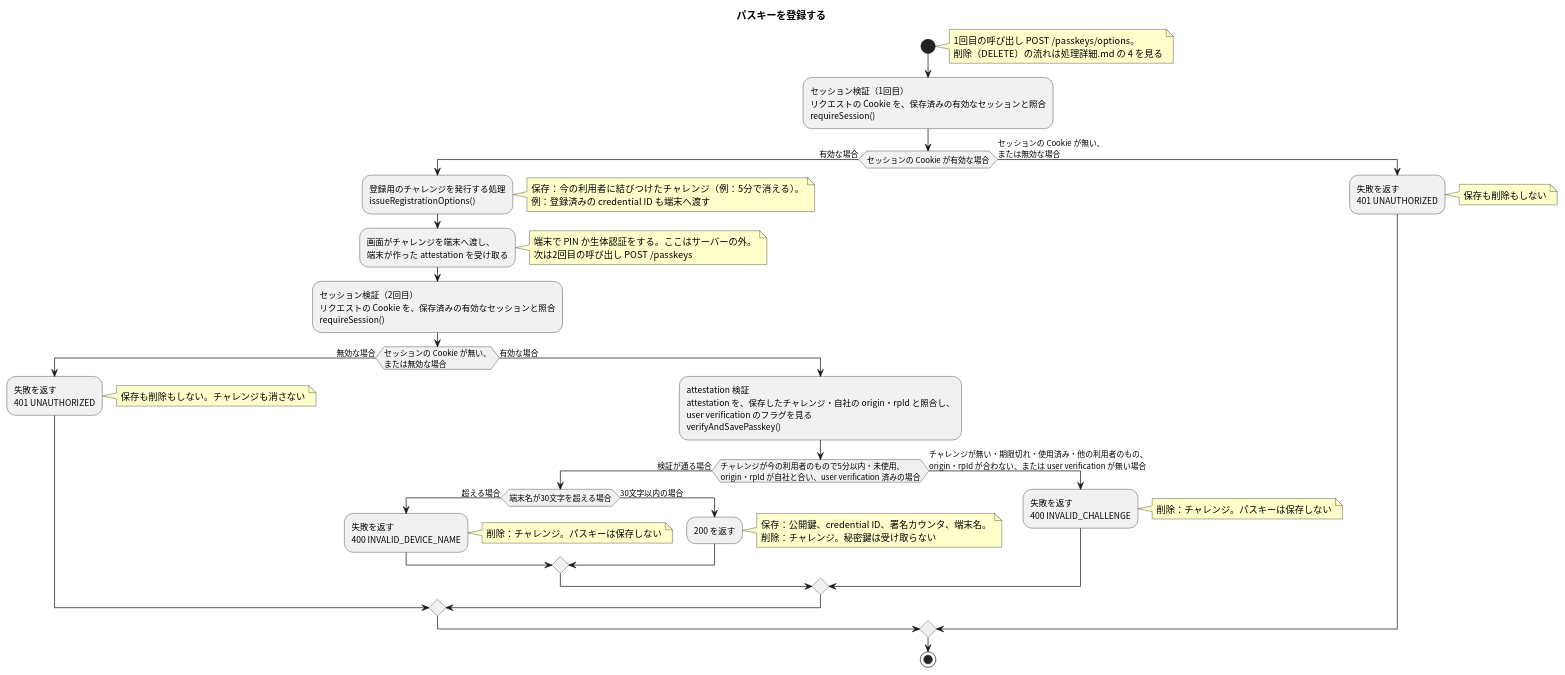
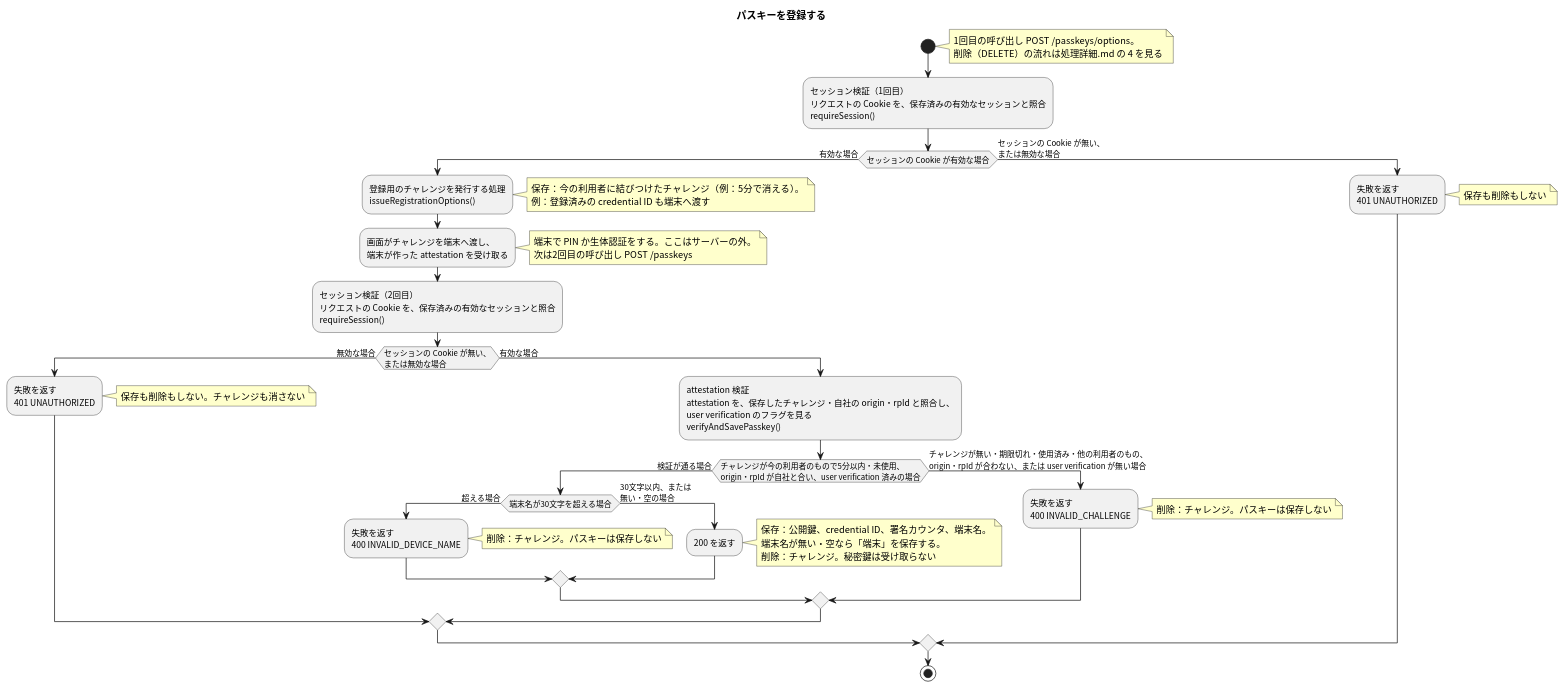
Before and after one commit to masamasamasato/design-doc-template: the diagram in apis/register-passkey/flow.puml, drawn with PlantUML. The commit also changed 10 other files, not shown here.

```diff
--- a/apis/register-passkey/flow.puml
+++ b/apis/register-passkey/flow.puml
@@ -3,41 +3,41 @@
 @startuml
 skinparam shadowing false
 skinparam defaultFontName "Noto Sans CJK JP"
 skinparam ActivityFontName "Noto Sans CJK JP"
 skinparam NoteBackgroundColor #FFFFCC
 
 title パスキーを登録する
 
 start
 note right: 1回目の呼び出し POST /passkeys/options。\n削除（DELETE）の流れは処理詳細.md の 4 を見る
 :セッション検証（1回目）\nリクエストの Cookie を、保存済みの有効なセッションと照合\nrequireSession();
 if (セッションの Cookie が有効な場合) then (有効な場合)
   :登録用のチャレンジを発行する処理\nissueRegistrationOptions();
   note right: 保存：今の利用者に結びつけたチャレンジ（例：5分で消える）。\n例：登録済みの credential ID も端末へ渡す
   :画面がチャレンジを端末へ渡し、\n端末が作った attestation を受け取る;
   note right: 端末で PIN か生体認証をする。ここはサーバーの外。\n次は2回目の呼び出し POST /passkeys
   :セッション検証（2回目）\nリクエストの Cookie を、保存済みの有効なセッションと照合\nrequireSession();
   if (セッションの Cookie が無い、\nまたは無効な場合) then (無効な場合)
     :失敗を返す\n401 UNAUTHORIZED;
     note right: 保存も削除もしない。チャレンジも消さない
   else (有効な場合)
     :attestation 検証\nattestation を、保存したチャレンジ・自社の origin・rpId と照合し、\nuser verification のフラグを見る\nverifyAndSavePasskey();
     if (チャレンジが今の利用者のもので5分以内・未使用、\norigin・rpId が自社と合い、user verification 済みの場合) then (検証が通る場合)
       if (端末名が30文字を超える場合) then (超える場合)
         :失敗を返す\n400 INVALID_DEVICE_NAME;
         note right: 削除：チャレンジ。パスキーは保存しない
-      else (30文字以内の場合)
+      else (30文字以内、または\n無い・空の場合)
         :200 を返す;
-        note right: 保存：公開鍵、credential ID、署名カウンタ、端末名。\n削除：チャレンジ。秘密鍵は受け取らない
+        note right: 保存：公開鍵、credential ID、署名カウンタ、端末名。\n端末名が無い・空なら「端末」を保存する。\n削除：チャレンジ。秘密鍵は受け取らない
       endif
     else (チャレンジが無い・期限切れ・使用済み・他の利用者のもの、\norigin・rpId が合わない、または user verification が無い場合)
       :失敗を返す\n400 INVALID_CHALLENGE;
       note right: 削除：チャレンジ。パスキーは保存しない
     endif
   endif
 else (セッションの Cookie が無い、\nまたは無効な場合)
   :失敗を返す\n401 UNAUTHORIZED;
   note right: 保存も削除もしない
 endif
 stop
 @enduml
```
